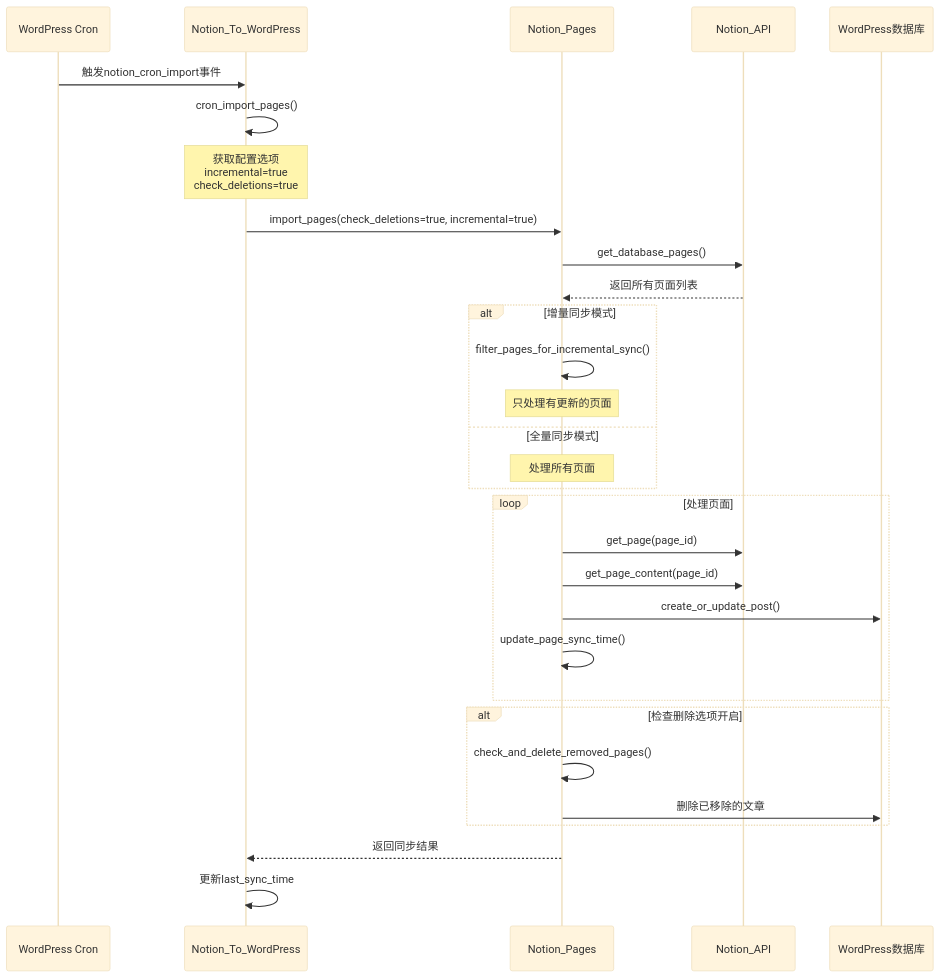
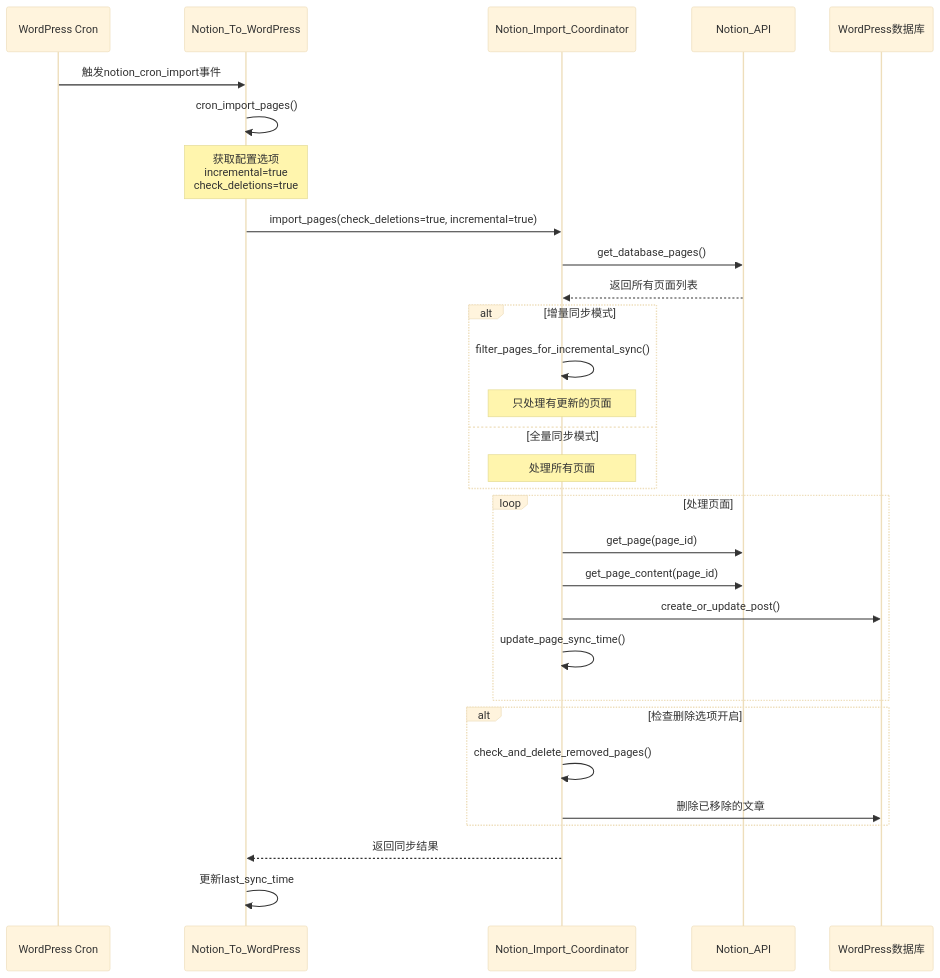
The third of 4 diagrams in docs/DEVELOPER_GUIDE-zh_CN.md (Frank-Loong/Notion-to-WordPress), drawn with Mermaid (base theme) before and after one commit. The commit also changed other lines of this file and 26 other files, not shown here.

````diff
--- a/docs/DEVELOPER_GUIDE-zh_CN.md
+++ b/docs/DEVELOPER_GUIDE-zh_CN.md
@@ -254,38 +289,38 @@
 ```mermaid
 sequenceDiagram
     participant C as WordPress Cron
     participant M as Notion_To_WordPress
-    participant P as Notion_Pages
+    participant IC as Notion_Import_Coordinator
     participant API as Notion_API
     participant WP as WordPress数据库
 
     C->>M: 触发notion_cron_import事件
     M->>M: cron_import_pages()
     Note over M: 获取配置选项<br/>incremental=true<br/>check_deletions=true
 
-    M->>P: import_pages(check_deletions=true, incremental=true)
-    P->>API: get_database_pages()
-    API-->>P: 返回所有页面列表
+    M->>IC: import_pages(check_deletions=true, incremental=true)
+    IC->>API: get_database_pages()
+    API-->>IC: 返回所有页面列表
 
     alt 增量同步模式
-        P->>P: filter_pages_for_incremental_sync()
-        Note over P: 只处理有更新的页面
+        IC->>IC: filter_pages_for_incremental_sync()
+        Note over IC: 只处理有更新的页面
     else 全量同步模式
-        Note over P: 处理所有页面
+        Note over IC: 处理所有页面
     end
 
     loop 处理页面
-        P->>API: get_page(page_id)
-        P->>API: get_page_content(page_id)
-        P->>WP: create_or_update_post()
-        P->>P: update_page_sync_time()
+        IC->>API: get_page(page_id)
+        IC->>API: get_page_content(page_id)
+        IC->>WP: create_or_update_post()
+        IC->>IC: update_page_sync_time()
     end
 
     alt 检查删除选项开启
-        P->>P: check_and_delete_removed_pages()
-        P->>WP: 删除已移除的文章
+        IC->>IC: check_and_delete_removed_pages()
+        IC->>WP: 删除已移除的文章
     end
 
-    P-->>M: 返回同步结果
+    IC-->>M: 返回同步结果
     M->>M: 更新last_sync_time
 ```
````
